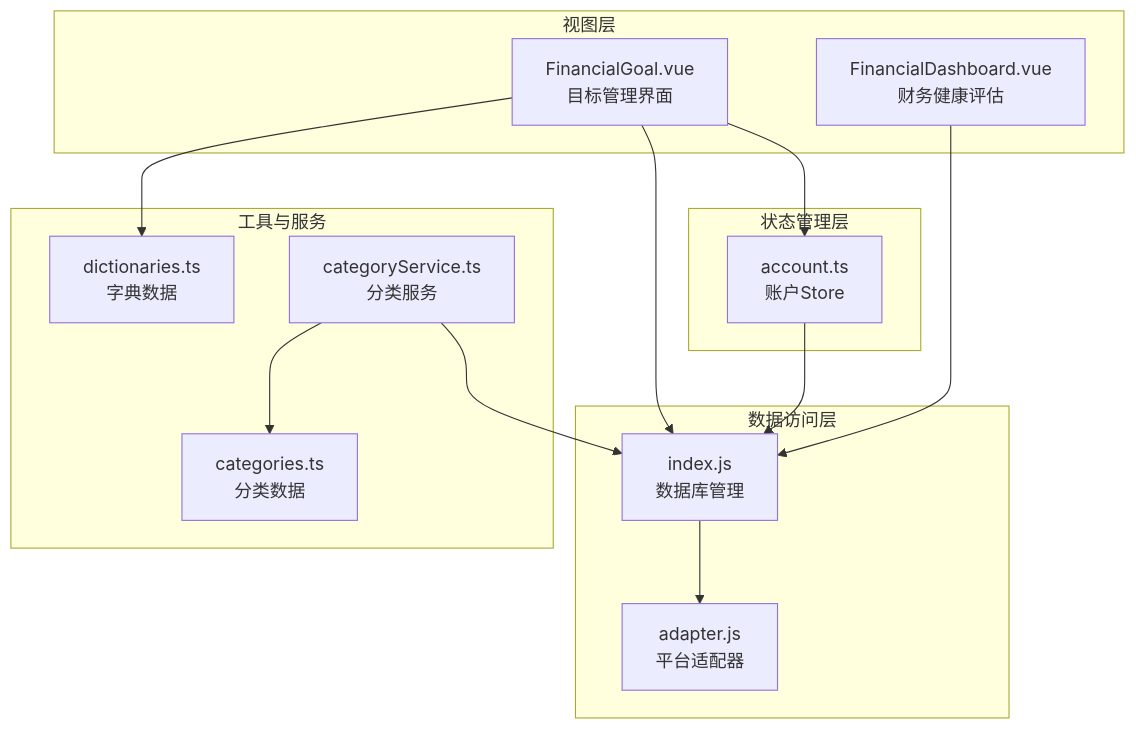
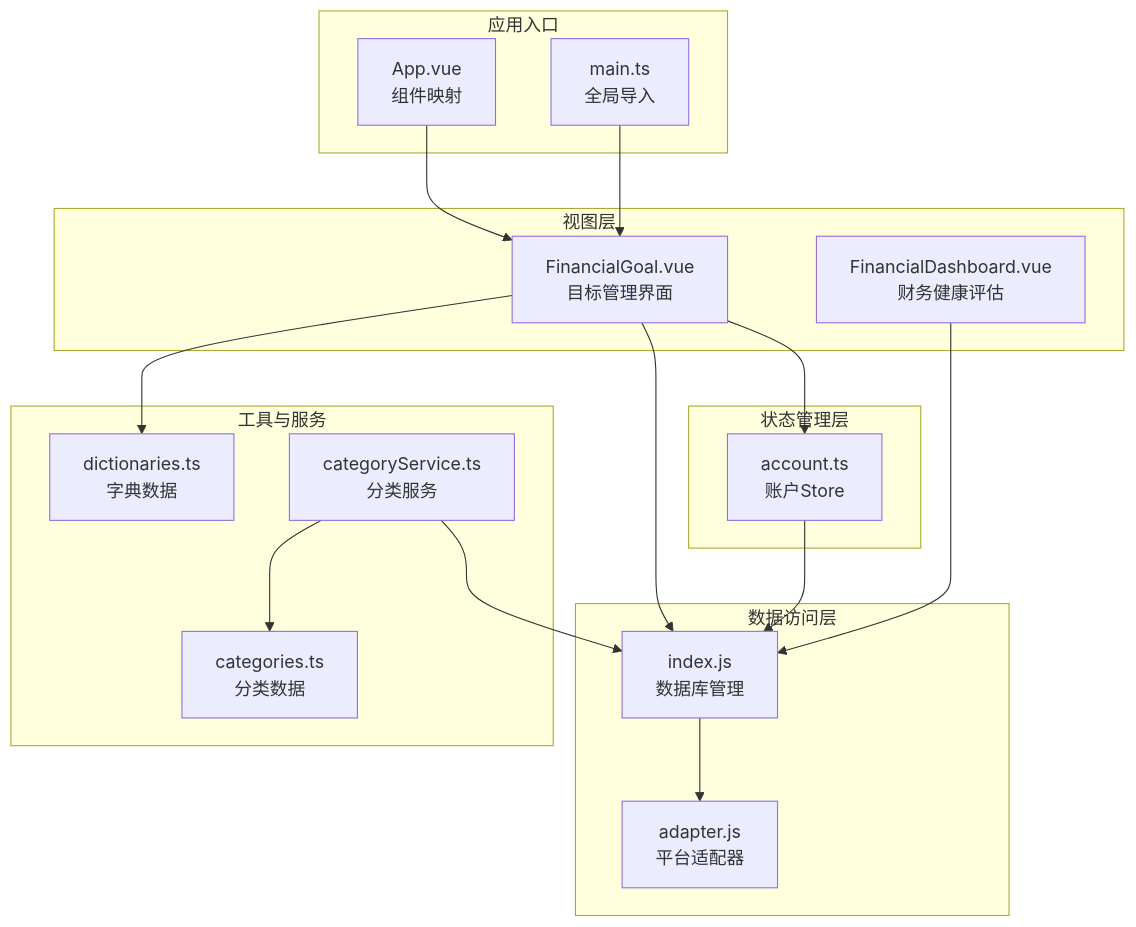
Before and after one commit to xiao-lin-unit/yuan: the first of 5 diagrams in .qoder/repowiki/zh/content/财务分析/财务目标.md, drawn with Mermaid. The commit also changed other lines of this file and 15 other files, not shown here.

````diff
--- a/.qoder/repowiki/zh/content/财务分析/财务目标.md
+++ b/.qoder/repowiki/zh/content/财务分析/财务目标.md
@@ -39,27 +49,33 @@
 ```mermaid
 graph TB
 subgraph "视图层"
 FG["FinancialGoal.vue<br/>目标管理界面"]
 FD["FinancialDashboard.vue<br/>财务健康评估"]
 end
 subgraph "状态管理层"
 AS["account.ts<br/>账户Store"]
 end
 subgraph "数据访问层"
 DBM["index.js<br/>数据库管理"]
 AD["adapter.js<br/>平台适配器"]
 end
 subgraph "工具与服务"
 DICT["dictionaries.ts<br/>字典数据"]
 CAT["categories.ts<br/>分类数据"]
 CS["categoryService.ts<br/>分类服务"]
 end
+subgraph "应用入口"
+APP["App.vue<br/>组件映射"]
+MAIN["main.ts<br/>全局导入"]
+end
 FG --> AS
 FG --> DBM
 FG --> DICT
 AS --> DBM
 DBM --> AD
 CS --> DBM
 CS --> CAT
 FD --> DBM
+APP --> FG
+MAIN --> FG
 ```
````
